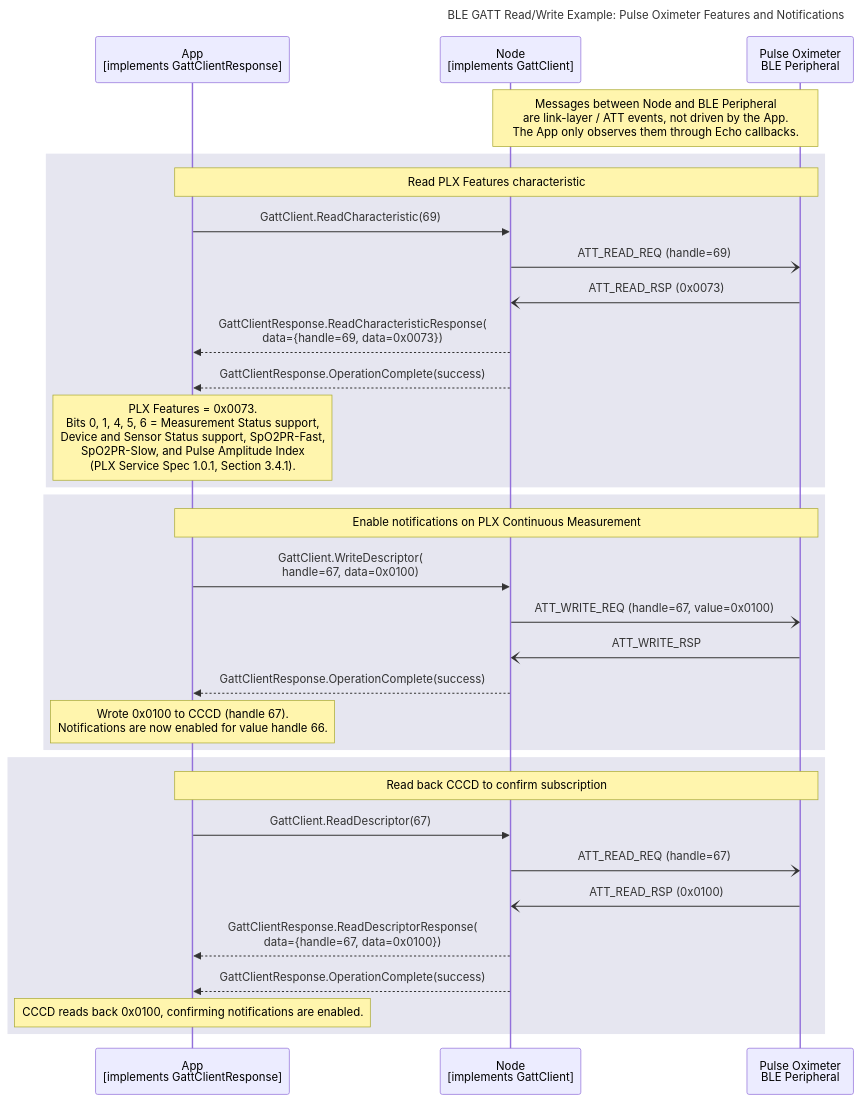
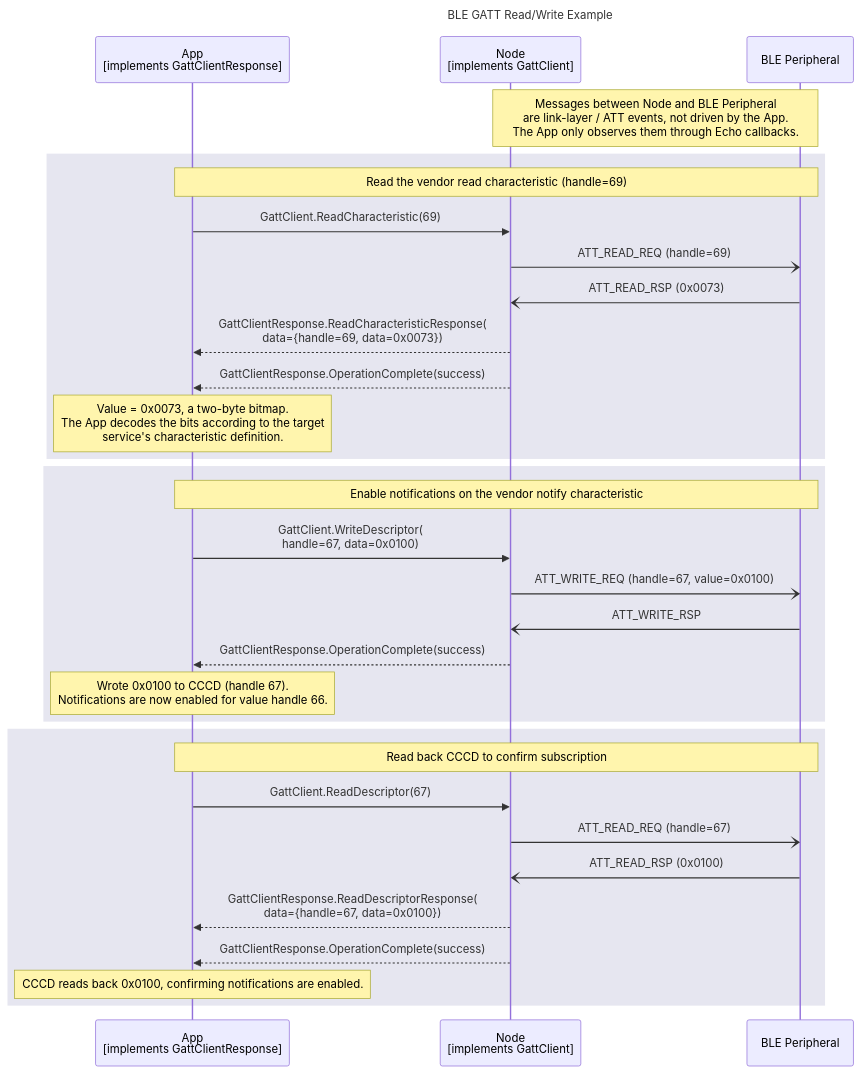
Before and after one commit to philips-software/amp-embedded-infra-lib: the diagram in documents/modules/ROOT/partials/echoservices/gatt_client/GattClient_ReadWrite_sequence_example.mmd, drawn with Mermaid. The commit also changed 7 other files, not shown here.

```diff
--- a/documents/modules/ROOT/partials/echoservices/gatt_client/GattClient_ReadWrite_sequence_example.mmd
+++ b/documents/modules/ROOT/partials/echoservices/gatt_client/GattClient_ReadWrite_sequence_example.mmd
@@ -1,40 +1,40 @@
 sequenceDiagram
-    title BLE GATT Read/Write Example: Pulse Oximeter Features and Notifications
+    title BLE GATT Read/Write Example
 
     participant App as App<br>[implements GattClientResponse]
     participant Node as Node<br>[implements GattClient]
-    participant Peripheral as Pulse Oximeter<br>BLE Peripheral
+    participant Peripheral as BLE Peripheral
 
     Note over Node, Peripheral: Messages between Node and BLE Peripheral<br>are link-layer / ATT events, not driven by the App.<br>The App only observes them through Echo callbacks.
 
     rect rgb(230, 230, 240)
-        note over App, Peripheral: Read PLX Features characteristic
+        note over App, Peripheral: Read the vendor read characteristic (handle=69)
         App->>Node: GattClient.ReadCharacteristic(69)
         Node-)Peripheral: ATT_READ_REQ (handle=69)
         Peripheral-)Node: ATT_READ_RSP (0x0073)
         Node-->>App: GattClientResponse.ReadCharacteristicResponse(<br>data={handle=69, data=0x0073})
         Node-->>App: GattClientResponse.OperationComplete(success)
 
-        note over App: PLX Features = 0x0073.<br>Bits 0, 1, 4, 5, 6 = Measurement Status support,<br>Device and Sensor Status support, SpO2PR-Fast,<br>SpO2PR-Slow, and Pulse Amplitude Index<br>(PLX Service Spec 1.0.1, Section 3.4.1).
+        note over App: Value = 0x0073, a two-byte bitmap.<br>The App decodes the bits according to the target<br>service's characteristic definition.
     end
 
     rect rgb(230, 230, 240)
-        note over App, Peripheral: Enable notifications on PLX Continuous Measurement
+        note over App, Peripheral: Enable notifications on the vendor notify characteristic
         App->>Node: GattClient.WriteDescriptor(<br>handle=67, data=0x0100)
         Node-)Peripheral: ATT_WRITE_REQ (handle=67, value=0x0100)
         Peripheral-)Node: ATT_WRITE_RSP
         Node-->>App: GattClientResponse.OperationComplete(success)
 
         note over App: Wrote 0x0100 to CCCD (handle 67).<br>Notifications are now enabled for value handle 66.
     end
 
     rect rgb(230, 230, 240)
         note over App, Peripheral: Read back CCCD to confirm subscription
         App->>Node: GattClient.ReadDescriptor(67)
         Node-)Peripheral: ATT_READ_REQ (handle=67)
         Peripheral-)Node: ATT_READ_RSP (0x0100)
         Node-->>App: GattClientResponse.ReadDescriptorResponse(<br>data={handle=67, data=0x0100})
         Node-->>App: GattClientResponse.OperationComplete(success)
 
         note over App: CCCD reads back 0x0100, confirming notifications are enabled.
     end
```
